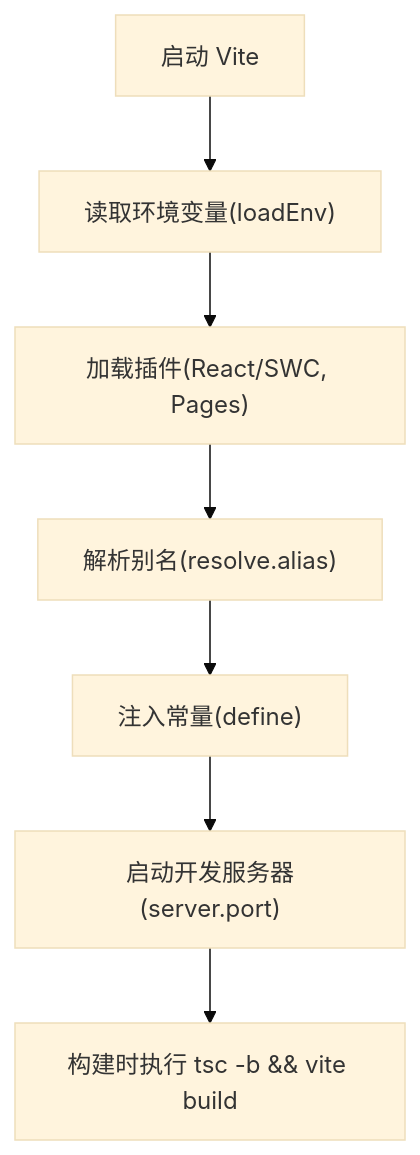
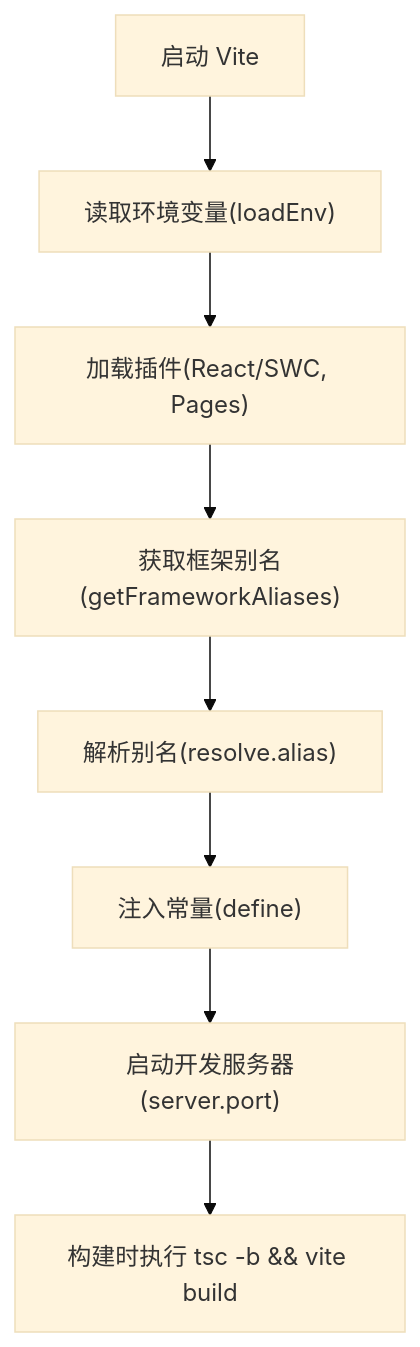
One commit to liqiongke/FrontArk changed the seventh of 8 diagrams in .qoder/repowiki/zh/content/开发工具.md. Above: the diagram before and after it, drawn with Mermaid (base theme). The commit also changed other lines of this file and 17 other files, not shown here.

````diff
--- a/.qoder/repowiki/zh/content/开发工具.md
+++ b/.qoder/repowiki/zh/content/开发工具.md
@@ -218,9 +272,10 @@
 ```mermaid
 flowchart TD
 S["启动 Vite"] --> M["读取环境变量(loadEnv)"]
 M --> P["加载插件(React/SWC, Pages)"]
-P --> R["解析别名(resolve.alias)"]
+P --> A["获取框架别名(getFrameworkAliases)"]
+A --> R["解析别名(resolve.alias)"]
 R --> D["注入常量(define)"]
 D --> SVR["启动开发服务器(server.port)"]
 SVR --> B["构建时执行 tsc -b && vite build"]
 ```
````
